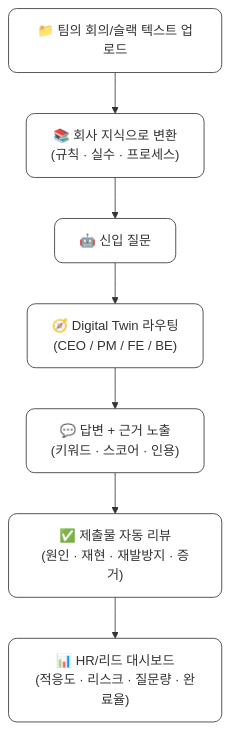
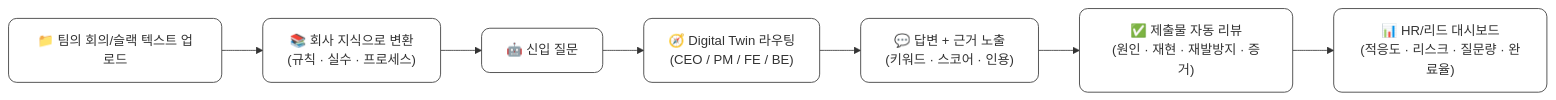
The second of 4 diagrams in README.md (genelyuu/agentcamp-demo), drawn with Mermaid before and after one commit.

````diff
--- a/README.md
+++ b/README.md
@@ -89,12 +89,12 @@
 ```mermaid
-flowchart TB
+flowchart LR
   U["📁 팀의 회의/슬랙 텍스트 업로드"] --> K["📚 회사 지식으로 변환<br/>(규칙 · 실수 · 프로세스)"]
   K --> Q["🤖 신입 질문"]
   Q --> R["🧭 Digital Twin 라우팅<br/>(CEO / PM / FE / BE)"]
   R --> A["💬 답변 + 근거 노출<br/>(키워드 · 스코어 · 인용)"]
   A --> S["✅ 제출물 자동 리뷰<br/>(원인 · 재현 · 재발방지 · 증거)"]
   S --> D["📊 HR/리드 대시보드<br/>(적응도 · 리스크 · 질문량 · 완료율)"]
 
   classDef box fill:#fff,stroke:#333,stroke-width:1px,rx:10,ry:10;
   class U,K,Q,R,A,S,D box;
 ```
````
